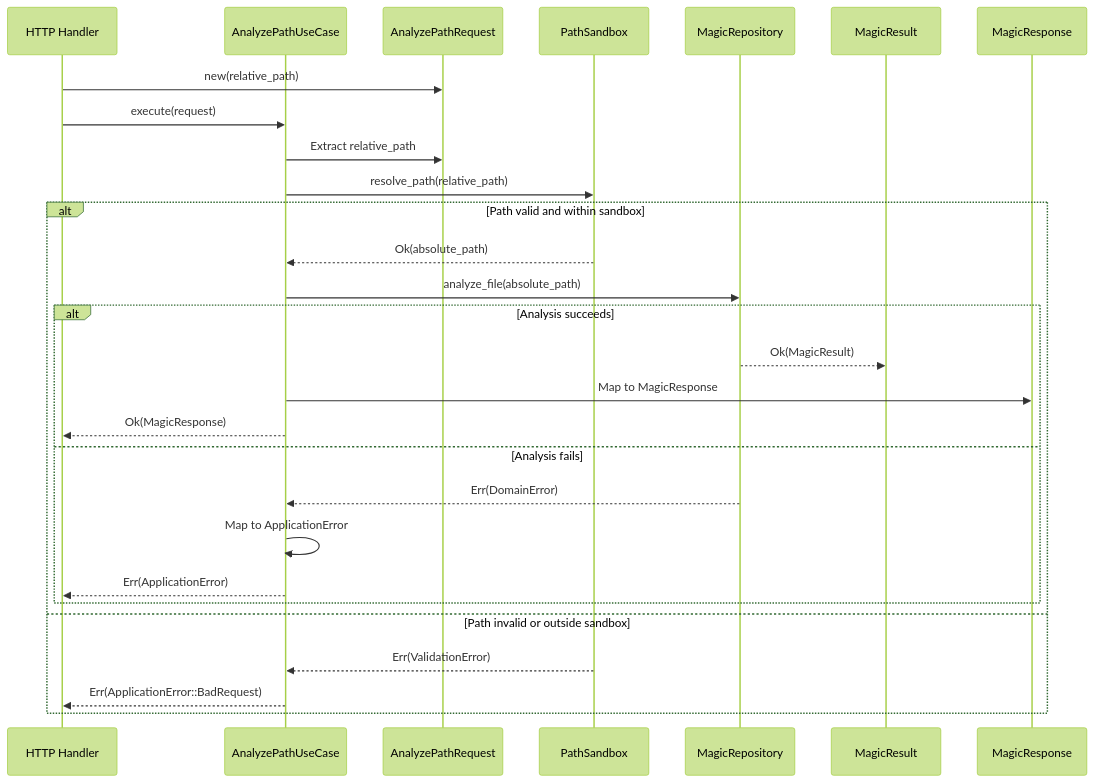
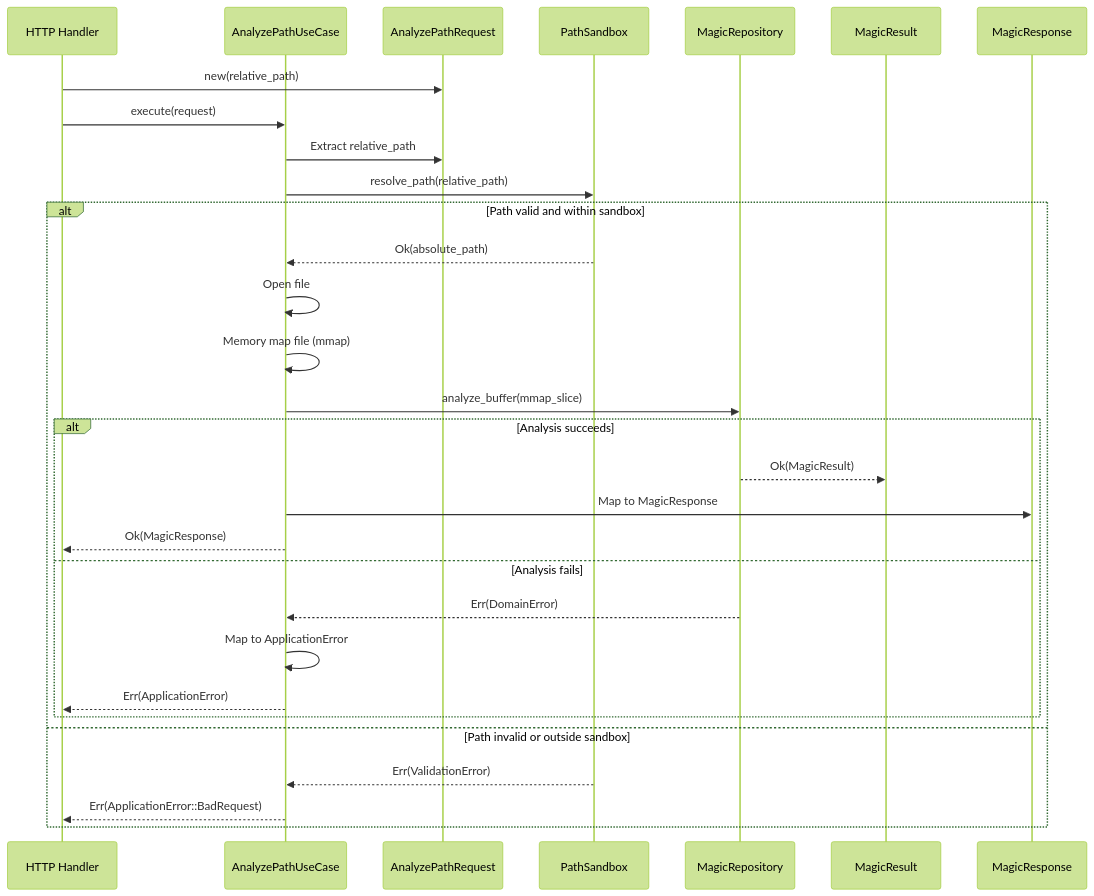
Before and after one commit to photom/magicer: the second of 6 diagrams in docs/reference/application/analyze_path.md, drawn with Mermaid (forest theme). The commit also changed other lines of this file and 18 other files, not shown here.

````diff
--- a/docs/reference/application/analyze_path.md
+++ b/docs/reference/application/analyze_path.md
@@ -74,31 +74,33 @@
 ```mermaid
 sequenceDiagram
     participant Handler as HTTP Handler
     participant UseCase as AnalyzePathUseCase
     participant Request as AnalyzePathRequest
     participant Sandbox as PathSandbox
     participant Repo as MagicRepository
     participant Result as MagicResult
     participant Response as MagicResponse
     
     Handler->>Request: new(relative_path)
     Handler->>UseCase: execute(request)
     UseCase->>Request: Extract relative_path
     UseCase->>Sandbox: resolve_path(relative_path)
     alt Path valid and within sandbox
         Sandbox-->>UseCase: Ok(absolute_path)
-        UseCase->>Repo: analyze_file(absolute_path)
+        UseCase->>UseCase: Open file
+        UseCase->>UseCase: Memory map file (mmap)
+        UseCase->>Repo: analyze_buffer(mmap_slice)
         alt Analysis succeeds
             Repo-->>Result: Ok(MagicResult)
             UseCase->>Response: Map to MagicResponse
             UseCase-->>Handler: Ok(MagicResponse)
         else Analysis fails
             Repo-->>UseCase: Err(DomainError)
             UseCase->>UseCase: Map to ApplicationError
             UseCase-->>Handler: Err(ApplicationError)
         end
     else Path invalid or outside sandbox
         Sandbox-->>UseCase: Err(ValidationError)
         UseCase-->>Handler: Err(ApplicationError::BadRequest)
     end
 ```
````
